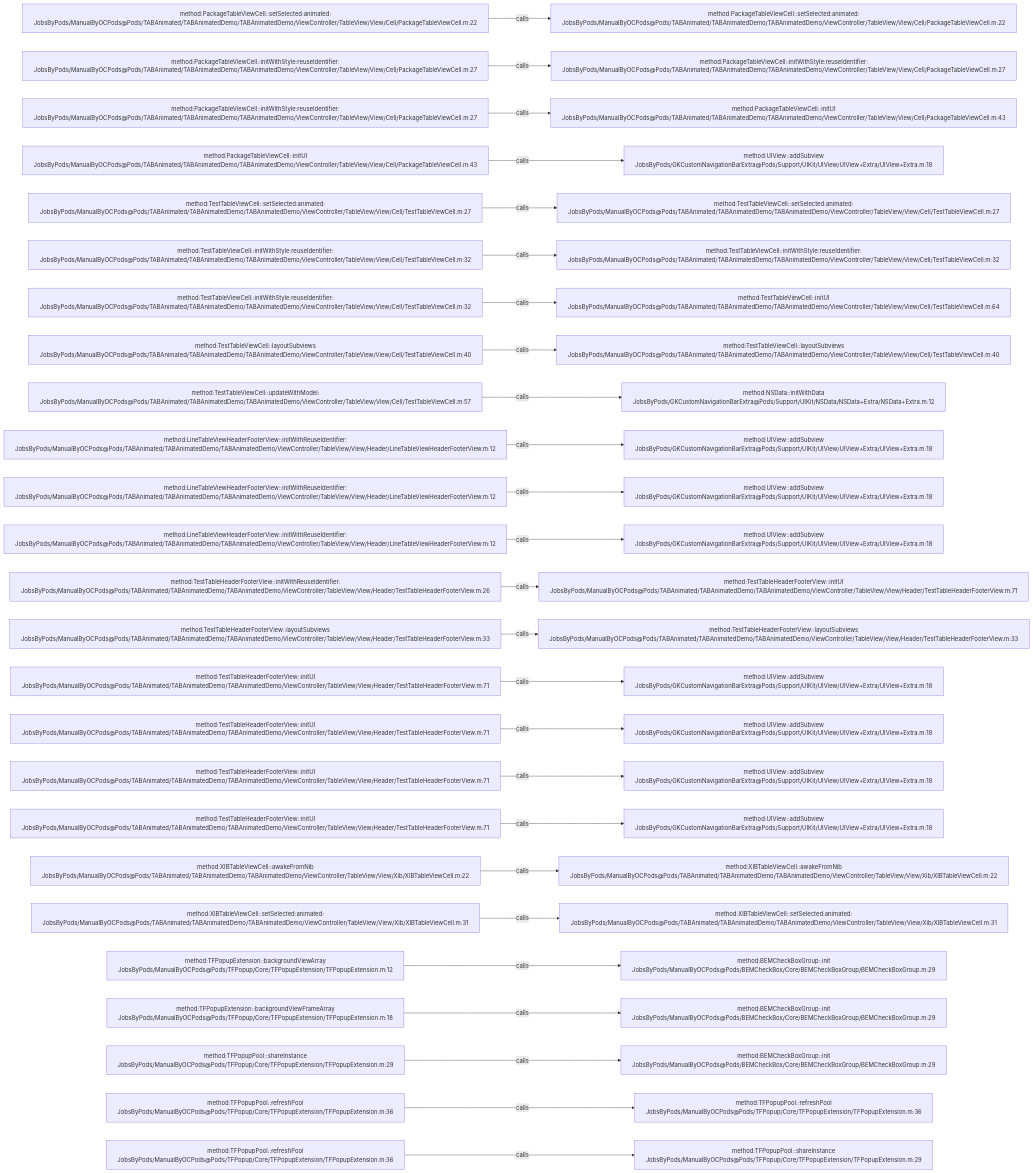
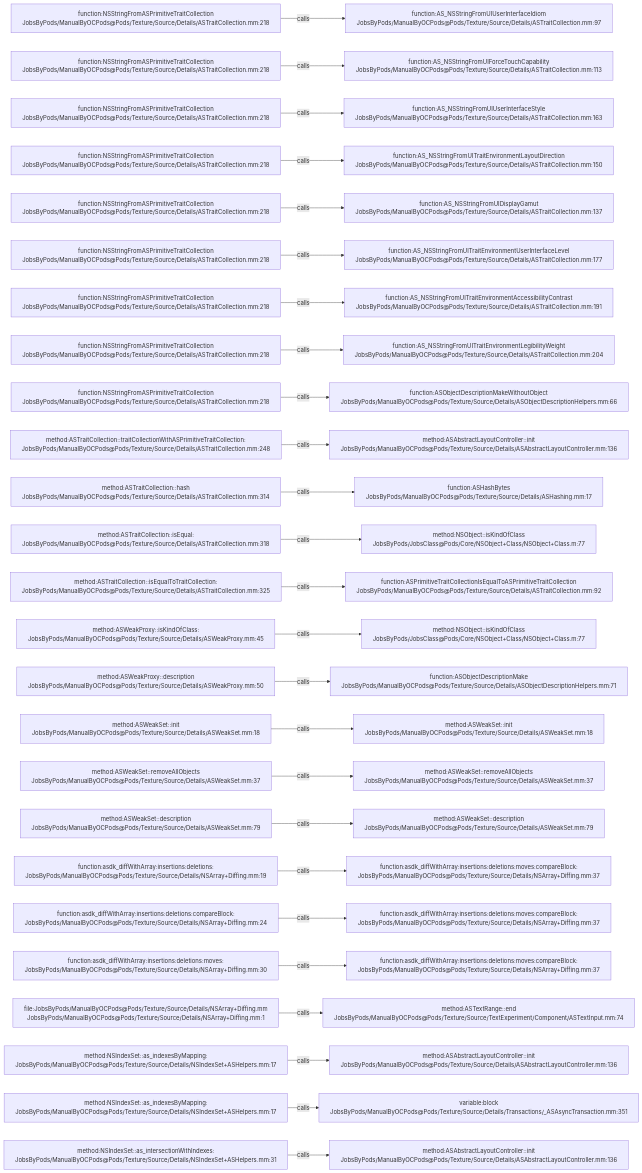
Before and after one commit to JobsKits/JobsOCBaseConfigDemo: the diagram in .codegraph/codegraph.md/graphs/calls-175.md, drawn with Mermaid. The commit also changed 2162 other files, not shown here.

````diff
--- a/.codegraph/codegraph.md/graphs/calls-175.md
+++ b/.codegraph/codegraph.md/graphs/calls-175.md
@@ -13,78 +13,78 @@
 ```mermaid
 flowchart LR
-  S1["method:PackageTableViewCell::setSelected:animated:<br/>JobsByPods/ManualByOCPods@Pods/TABAnimated/TABAnimatedDemo/TABAnimatedDemo/ViewController/TableView/View/Cell/PackageTableViewCell.m:22"]
-  T1["method:PackageTableViewCell::setSelected:animated:<br/>JobsByPods/ManualByOCPods@Pods/TABAnimated/TABAnimatedDemo/TABAnimatedDemo/ViewController/TableView/View/Cell/PackageTableViewCell.m:22"]
+  S1["function:NSStringFromASPrimitiveTraitCollection<br/>JobsByPods/ManualByOCPods@Pods/Texture/Source/Details/ASTraitCollection.mm:218"]
+  T1["function:AS_NSStringFromUIUserInterfaceIdiom<br/>JobsByPods/ManualByOCPods@Pods/Texture/Source/Details/ASTraitCollection.mm:97"]
   S1 -->|calls| T1
-  S2["method:PackageTableViewCell::initWithStyle:reuseIdentifier:<br/>JobsByPods/ManualByOCPods@Pods/TABAnimated/TABAnimatedDemo/TABAnimatedDemo/ViewController/TableView/View/Cell/PackageTableViewCell.m:27"]
-  T2["method:PackageTableViewCell::initWithStyle:reuseIdentifier:<br/>JobsByPods/ManualByOCPods@Pods/TABAnimated/TABAnimatedDemo/TABAnimatedDemo/ViewController/TableView/View/Cell/PackageTableViewCell.m:27"]
+  S2["function:NSStringFromASPrimitiveTraitCollection<br/>JobsByPods/ManualByOCPods@Pods/Texture/Source/Details/ASTraitCollection.mm:218"]
+  T2["function:AS_NSStringFromUIForceTouchCapability<br/>JobsByPods/ManualByOCPods@Pods/Texture/Source/Details/ASTraitCollection.mm:113"]
   S2 -->|calls| T2
-  S3["method:PackageTableViewCell::initWithStyle:reuseIdentifier:<br/>JobsByPods/ManualByOCPods@Pods/TABAnimated/TABAnimatedDemo/TABAnimatedDemo/ViewController/TableView/View/Cell/PackageTableViewCell.m:27"]
-  T3["method:PackageTableViewCell::initUI<br/>JobsByPods/ManualByOCPods@Pods/TABAnimated/TABAnimatedDemo/TABAnimatedDemo/ViewController/TableView/View/Cell/PackageTableViewCell.m:43"]
+  S3["function:NSStringFromASPrimitiveTraitCollection<br/>JobsByPods/ManualByOCPods@Pods/Texture/Source/Details/ASTraitCollection.mm:218"]
+  T3["function:AS_NSStringFromUIUserInterfaceStyle<br/>JobsByPods/ManualByOCPods@Pods/Texture/Source/Details/ASTraitCollection.mm:163"]
   S3 -->|calls| T3
-  S4["method:PackageTableViewCell::initUI<br/>JobsByPods/ManualByOCPods@Pods/TABAnimated/TABAnimatedDemo/TABAnimatedDemo/ViewController/TableView/View/Cell/PackageTableViewCell.m:43"]
-  T4["method:UIView::addSubview<br/>JobsByPods/GKCustomNavigationBarExtra@Pods/Support/UIKit/UIView/UIView+Extra/UIView+Extra.m:18"]
+  S4["function:NSStringFromASPrimitiveTraitCollection<br/>JobsByPods/ManualByOCPods@Pods/Texture/Source/Details/ASTraitCollection.mm:218"]
+  T4["function:AS_NSStringFromUITraitEnvironmentLayoutDirection<br/>JobsByPods/ManualByOCPods@Pods/Texture/Source/Details/ASTraitCollection.mm:150"]
   S4 -->|calls| T4
-  S5["method:TestTableViewCell::setSelected:animated:<br/>JobsByPods/ManualByOCPods@Pods/TABAnimated/TABAnimatedDemo/TABAnimatedDemo/ViewController/TableView/View/Cell/TestTableViewCell.m:27"]
-  T5["method:TestTableViewCell::setSelected:animated:<br/>JobsByPods/ManualByOCPods@Pods/TABAnimated/TABAnimatedDemo/TABAnimatedDemo/ViewController/TableView/View/Cell/TestTableViewCell.m:27"]
+  S5["function:NSStringFromASPrimitiveTraitCollection<br/>JobsByPods/ManualByOCPods@Pods/Texture/Source/Details/ASTraitCollection.mm:218"]
+  T5["function:AS_NSStringFromUIDisplayGamut<br/>JobsByPods/ManualByOCPods@Pods/Texture/Source/Details/ASTraitCollection.mm:137"]
   S5 -->|calls| T5
-  S6["method:TestTableViewCell::initWithStyle:reuseIdentifier:<br/>JobsByPods/ManualByOCPods@Pods/TABAnimated/TABAnimatedDemo/TABAnimatedDemo/ViewController/TableView/View/Cell/TestTableViewCell.m:32"]
-  T6["method:TestTableViewCell::initWithStyle:reuseIdentifier:<br/>JobsByPods/ManualByOCPods@Pods/TABAnimated/TABAnimatedDemo/TABAnimatedDemo/ViewController/TableView/View/Cell/TestTableViewCell.m:32"]
+  S6["function:NSStringFromASPrimitiveTraitCollection<br/>JobsByPods/ManualByOCPods@Pods/Texture/Source/Details/ASTraitCollection.mm:218"]
+  T6["function:AS_NSStringFromUITraitEnvironmentUserInterfaceLevel<br/>JobsByPods/ManualByOCPods@Pods/Texture/Source/Details/ASTraitCollection.mm:177"]
   S6 -->|calls| T6
-  S7["method:TestTableViewCell::initWithStyle:reuseIdentifier:<br/>JobsByPods/ManualByOCPods@Pods/TABAnimated/TABAnimatedDemo/TABAnimatedDemo/ViewController/TableView/View/Cell/TestTableViewCell.m:32"]
-  T7["method:TestTableViewCell::initUI<br/>JobsByPods/ManualByOCPods@Pods/TABAnimated/TABAnimatedDemo/TABAnimatedDemo/ViewController/TableView/View/Cell/TestTableViewCell.m:64"]
+  S7["function:NSStringFromASPrimitiveTraitCollection<br/>JobsByPods/ManualByOCPods@Pods/Texture/Source/Details/ASTraitCollection.mm:218"]
+  T7["function:AS_NSStringFromUITraitEnvironmentAccessibilityContrast<br/>JobsByPods/ManualByOCPods@Pods/Texture/Source/Details/ASTraitCollection.mm:191"]
   S7 -->|calls| T7
-  S8["method:TestTableViewCell::layoutSubviews<br/>JobsByPods/ManualByOCPods@Pods/TABAnimated/TABAnimatedDemo/TABAnimatedDemo/ViewController/TableView/View/Cell/TestTableViewCell.m:40"]
-  T8["method:TestTableViewCell::layoutSubviews<br/>JobsByPods/ManualByOCPods@Pods/TABAnimated/TABAnimatedDemo/TABAnimatedDemo/ViewController/TableView/View/Cell/TestTableViewCell.m:40"]
+  S8["function:NSStringFromASPrimitiveTraitCollection<br/>JobsByPods/ManualByOCPods@Pods/Texture/Source/Details/ASTraitCollection.mm:218"]
+  T8["function:AS_NSStringFromUITraitEnvironmentLegibilityWeight<br/>JobsByPods/ManualByOCPods@Pods/Texture/Source/Details/ASTraitCollection.mm:204"]
   S8 -->|calls| T8
-  S9["method:TestTableViewCell::updateWithModel:<br/>JobsByPods/ManualByOCPods@Pods/TABAnimated/TABAnimatedDemo/TABAnimatedDemo/ViewController/TableView/View/Cell/TestTableViewCell.m:57"]
-  T9["method:NSData::initWithData<br/>JobsByPods/GKCustomNavigationBarExtra@Pods/Support/UIKit/NSData/NSData+Extra/NSData+Extra.m:12"]
+  S9["function:NSStringFromASPrimitiveTraitCollection<br/>JobsByPods/ManualByOCPods@Pods/Texture/Source/Details/ASTraitCollection.mm:218"]
+  T9["function:ASObjectDescriptionMakeWithoutObject<br/>JobsByPods/ManualByOCPods@Pods/Texture/Source/Details/ASObjectDescriptionHelpers.mm:66"]
   S9 -->|calls| T9
-  S10["method:LineTableViewHeaderFooterView::initWithReuseIdentifier:<br/>JobsByPods/ManualByOCPods@Pods/TABAnimated/TABAnimatedDemo/TABAnimatedDemo/ViewController/TableView/View/Header/LineTableViewHeaderFooterView.m:12"]
-  T10["method:UIView::addSubview<br/>JobsByPods/GKCustomNavigationBarExtra@Pods/Support/UIKit/UIView/UIView+Extra/UIView+Extra.m:18"]
+  S10["method:ASTraitCollection::traitCollectionWithASPrimitiveTraitCollection:<br/>JobsByPods/ManualByOCPods@Pods/Texture/Source/Details/ASTraitCollection.mm:248"]
+  T10["method:ASAbstractLayoutController::init<br/>JobsByPods/ManualByOCPods@Pods/Texture/Source/Details/ASAbstractLayoutController.mm:136"]
   S10 -->|calls| T10
-  S11["method:LineTableViewHeaderFooterView::initWithReuseIdentifier:<br/>JobsByPods/ManualByOCPods@Pods/TABAnimated/TABAnimatedDemo/TABAnimatedDemo/ViewController/TableView/View/Header/LineTableViewHeaderFooterView.m:12"]
-  T11["method:UIView::addSubview<br/>JobsByPods/GKCustomNavigationBarExtra@Pods/Support/UIKit/UIView/UIView+Extra/UIView+Extra.m:18"]
+  S11["method:ASTraitCollection::hash<br/>JobsByPods/ManualByOCPods@Pods/Texture/Source/Details/ASTraitCollection.mm:314"]
+  T11["function:ASHashBytes<br/>JobsByPods/ManualByOCPods@Pods/Texture/Source/Details/ASHashing.mm:17"]
   S11 -->|calls| T11
-  S12["method:LineTableViewHeaderFooterView::initWithReuseIdentifier:<br/>JobsByPods/ManualByOCPods@Pods/TABAnimated/TABAnimatedDemo/TABAnimatedDemo/ViewController/TableView/View/Header/LineTableViewHeaderFooterView.m:12"]
-  T12["method:UIView::addSubview<br/>JobsByPods/GKCustomNavigationBarExtra@Pods/Support/UIKit/UIView/UIView+Extra/UIView+Extra.m:18"]
+  S12["method:ASTraitCollection::isEqual:<br/>JobsByPods/ManualByOCPods@Pods/Texture/Source/Details/ASTraitCollection.mm:318"]
+  T12["method:NSObject::isKindOfClass<br/>JobsByPods/JobsClass@Pods/Core/NSObject+Class/NSObject+Class.m:77"]
   S12 -->|calls| T12
-  S13["method:TestTableHeaderFooterView::initWithReuseIdentifier:<br/>JobsByPods/ManualByOCPods@Pods/TABAnimated/TABAnimatedDemo/TABAnimatedDemo/ViewController/TableView/View/Header/TestTableHeaderFooterView.m:26"]
-  T13["method:TestTableHeaderFooterView::initUI<br/>JobsByPods/ManualByOCPods@Pods/TABAnimated/TABAnimatedDemo/TABAnimatedDemo/ViewController/TableView/View/Header/TestTableHeaderFooterView.m:71"]
+  S13["method:ASTraitCollection::isEqualToTraitCollection:<br/>JobsByPods/ManualByOCPods@Pods/Texture/Source/Details/ASTraitCollection.mm:325"]
+  T13["function:ASPrimitiveTraitCollectionIsEqualToASPrimitiveTraitCollection<br/>JobsByPods/ManualByOCPods@Pods/Texture/Source/Details/ASTraitCollection.mm:92"]
   S13 -->|calls| T13
-  S14["method:TestTableHeaderFooterView::layoutSubviews<br/>JobsByPods/ManualByOCPods@Pods/TABAnimated/TABAnimatedDemo/TABAnimatedDemo/ViewController/TableView/View/Header/TestTableHeaderFooterView.m:33"]
-  T14["method:TestTableHeaderFooterView::layoutSubviews<br/>JobsByPods/ManualByOCPods@Pods/TABAnimated/TABAnimatedDemo/TABAnimatedDemo/ViewController/TableView/View/Header/TestTableHeaderFooterView.m:33"]
+  S14["method:ASWeakProxy::isKindOfClass:<br/>JobsByPods/ManualByOCPods@Pods/Texture/Source/Details/ASWeakProxy.mm:45"]
+  T14["method:NSObject::isKindOfClass<br/>JobsByPods/JobsClass@Pods/Core/NSObject+Class/NSObject+Class.m:77"]
   S14 -->|calls| T14
-  S15["method:TestTableHeaderFooterView::initUI<br/>JobsByPods/ManualByOCPods@Pods/TABAnimated/TABAnimatedDemo/TABAnimatedDemo/ViewController/TableView/View/Header/TestTableHeaderFooterView.m:71"]
-  T15["method:UIView::addSubview<br/>JobsByPods/GKCustomNavigationBarExtra@Pods/Support/UIKit/UIView/UIView+Extra/UIView+Extra.m:18"]
+  S15["method:ASWeakProxy::description<br/>JobsByPods/ManualByOCPods@Pods/Texture/Source/Details/ASWeakProxy.mm:50"]
+  T15["function:ASObjectDescriptionMake<br/>JobsByPods/ManualByOCPods@Pods/Texture/Source/Details/ASObjectDescriptionHelpers.mm:71"]
   S15 -->|calls| T15
-  S16["method:TestTableHeaderFooterView::initUI<br/>JobsByPods/ManualByOCPods@Pods/TABAnimated/TABAnimatedDemo/TABAnimatedDemo/ViewController/TableView/View/Header/TestTableHeaderFooterView.m:71"]
-  T16["method:UIView::addSubview<br/>JobsByPods/GKCustomNavigationBarExtra@Pods/Support/UIKit/UIView/UIView+Extra/UIView+Extra.m:18"]
+  S16["method:ASWeakSet::init<br/>JobsByPods/ManualByOCPods@Pods/Texture/Source/Details/ASWeakSet.mm:18"]
+  T16["method:ASWeakSet::init<br/>JobsByPods/ManualByOCPods@Pods/Texture/Source/Details/ASWeakSet.mm:18"]
   S16 -->|calls| T16
-  S17["method:TestTableHeaderFooterView::initUI<br/>JobsByPods/ManualByOCPods@Pods/TABAnimated/TABAnimatedDemo/TABAnimatedDemo/ViewController/TableView/View/Header/TestTableHeaderFooterView.m:71"]
-  T17["method:UIView::addSubview<br/>JobsByPods/GKCustomNavigationBarExtra@Pods/Support/UIKit/UIView/UIView+Extra/UIView+Extra.m:18"]
+  S17["method:ASWeakSet::removeAllObjects<br/>JobsByPods/ManualByOCPods@Pods/Texture/Source/Details/ASWeakSet.mm:37"]
+  T17["method:ASWeakSet::removeAllObjects<br/>JobsByPods/ManualByOCPods@Pods/Texture/Source/Details/ASWeakSet.mm:37"]
   S17 -->|calls| T17
-  S18["method:TestTableHeaderFooterView::initUI<br/>JobsByPods/ManualByOCPods@Pods/TABAnimated/TABAnimatedDemo/TABAnimatedDemo/ViewController/TableView/View/Header/TestTableHeaderFooterView.m:71"]
-  T18["method:UIView::addSubview<br/>JobsByPods/GKCustomNavigationBarExtra@Pods/Support/UIKit/UIView/UIView+Extra/UIView+Extra.m:18"]
+  S18["method:ASWeakSet::description<br/>JobsByPods/ManualByOCPods@Pods/Texture/Source/Details/ASWeakSet.mm:79"]
+  T18["method:ASWeakSet::description<br/>JobsByPods/ManualByOCPods@Pods/Texture/Source/Details/ASWeakSet.mm:79"]
   S18 -->|calls| T18
-  S19["method:XIBTableViewCell::awakeFromNib<br/>JobsByPods/ManualByOCPods@Pods/TABAnimated/TABAnimatedDemo/TABAnimatedDemo/ViewController/TableView/View/Xib/XIBTableViewCell.m:22"]
-  T19["method:XIBTableViewCell::awakeFromNib<br/>JobsByPods/ManualByOCPods@Pods/TABAnimated/TABAnimatedDemo/TABAnimatedDemo/ViewController/TableView/View/Xib/XIBTableViewCell.m:22"]
+  S19["function:asdk_diffWithArray:insertions:deletions:<br/>JobsByPods/ManualByOCPods@Pods/Texture/Source/Details/NSArray+Diffing.mm:19"]
+  T19["function:asdk_diffWithArray:insertions:deletions:moves:compareBlock:<br/>JobsByPods/ManualByOCPods@Pods/Texture/Source/Details/NSArray+Diffing.mm:37"]
   S19 -->|calls| T19
-  S20["method:XIBTableViewCell::setSelected:animated:<br/>JobsByPods/ManualByOCPods@Pods/TABAnimated/TABAnimatedDemo/TABAnimatedDemo/ViewController/TableView/View/Xib/XIBTableViewCell.m:31"]
-  T20["method:XIBTableViewCell::setSelected:animated:<br/>JobsByPods/ManualByOCPods@Pods/TABAnimated/TABAnimatedDemo/TABAnimatedDemo/ViewController/TableView/View/Xib/XIBTableViewCell.m:31"]
+  S20["function:asdk_diffWithArray:insertions:deletions:compareBlock:<br/>JobsByPods/ManualByOCPods@Pods/Texture/Source/Details/NSArray+Diffing.mm:24"]
+  T20["function:asdk_diffWithArray:insertions:deletions:moves:compareBlock:<br/>JobsByPods/ManualByOCPods@Pods/Texture/Source/Details/NSArray+Diffing.mm:37"]
   S20 -->|calls| T20
-  S21["method:TFPopupExtension::backgroundViewArray<br/>JobsByPods/ManualByOCPods@Pods/TFPopup/Core/TFPopupExtension/TFPopupExtension.m:12"]
-  T21["method:BEMCheckBoxGroup::init<br/>JobsByPods/ManualByOCPods@Pods/BEMCheckBox/Core/BEMCheckBoxGroup/BEMCheckBoxGroup.m:29"]
+  S21["function:asdk_diffWithArray:insertions:deletions:moves:<br/>JobsByPods/ManualByOCPods@Pods/Texture/Source/Details/NSArray+Diffing.mm:30"]
+  T21["function:asdk_diffWithArray:insertions:deletions:moves:compareBlock:<br/>JobsByPods/ManualByOCPods@Pods/Texture/Source/Details/NSArray+Diffing.mm:37"]
   S21 -->|calls| T21
-  S22["method:TFPopupExtension::backgroundViewFrameArray<br/>JobsByPods/ManualByOCPods@Pods/TFPopup/Core/TFPopupExtension/TFPopupExtension.m:18"]
-  T22["method:BEMCheckBoxGroup::init<br/>JobsByPods/ManualByOCPods@Pods/BEMCheckBox/Core/BEMCheckBoxGroup/BEMCheckBoxGroup.m:29"]
+  S22["file:JobsByPods/ManualByOCPods@Pods/Texture/Source/Details/NSArray+Diffing.mm<br/>JobsByPods/ManualByOCPods@Pods/Texture/Source/Details/NSArray+Diffing.mm:1"]
+  T22["method:ASTextRange::end<br/>JobsByPods/ManualByOCPods@Pods/Texture/Source/TextExperiment/Component/ASTextInput.mm:74"]
   S22 -->|calls| T22
-  S23["method:TFPopupPool::shareInstance<br/>JobsByPods/ManualByOCPods@Pods/TFPopup/Core/TFPopupExtension/TFPopupExtension.m:29"]
-  T23["method:BEMCheckBoxGroup::init<br/>JobsByPods/ManualByOCPods@Pods/BEMCheckBox/Core/BEMCheckBoxGroup/BEMCheckBoxGroup.m:29"]
+  S23["method:NSIndexSet::as_indexesByMapping:<br/>JobsByPods/ManualByOCPods@Pods/Texture/Source/Details/NSIndexSet+ASHelpers.mm:17"]
+  T23["method:ASAbstractLayoutController::init<br/>JobsByPods/ManualByOCPods@Pods/Texture/Source/Details/ASAbstractLayoutController.mm:136"]
   S23 -->|calls| T23
-  S24["method:TFPopupPool::refreshPool<br/>JobsByPods/ManualByOCPods@Pods/TFPopup/Core/TFPopupExtension/TFPopupExtension.m:36"]
-  T24["method:TFPopupPool::refreshPool<br/>JobsByPods/ManualByOCPods@Pods/TFPopup/Core/TFPopupExtension/TFPopupExtension.m:36"]
+  S24["method:NSIndexSet::as_indexesByMapping:<br/>JobsByPods/ManualByOCPods@Pods/Texture/Source/Details/NSIndexSet+ASHelpers.mm:17"]
+  T24["variable:block<br/>JobsByPods/ManualByOCPods@Pods/Texture/Source/Details/Transactions/_ASAsyncTransaction.mm:351"]
   S24 -->|calls| T24
-  S25["method:TFPopupPool::refreshPool<br/>JobsByPods/ManualByOCPods@Pods/TFPopup/Core/TFPopupExtension/TFPopupExtension.m:36"]
-  T25["method:TFPopupPool::shareInstance<br/>JobsByPods/ManualByOCPods@Pods/TFPopup/Core/TFPopupExtension/TFPopupExtension.m:29"]
+  S25["method:NSIndexSet::as_intersectionWithIndexes:<br/>JobsByPods/ManualByOCPods@Pods/Texture/Source/Details/NSIndexSet+ASHelpers.mm:31"]
+  T25["method:ASAbstractLayoutController::init<br/>JobsByPods/ManualByOCPods@Pods/Texture/Source/Details/ASAbstractLayoutController.mm:136"]
   S25 -->|calls| T25
 ```
````
